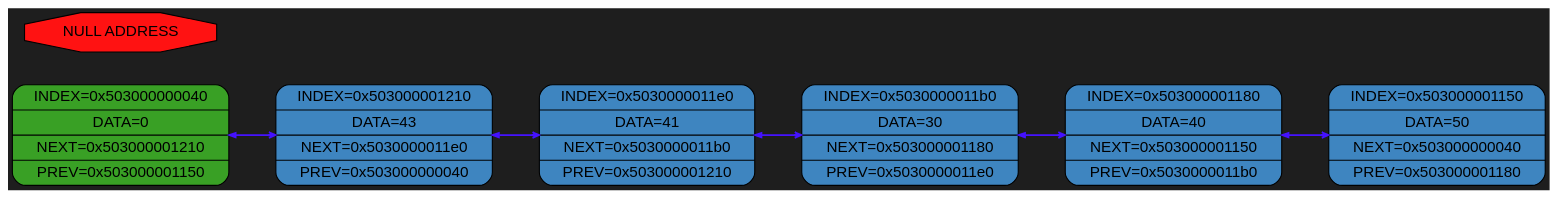
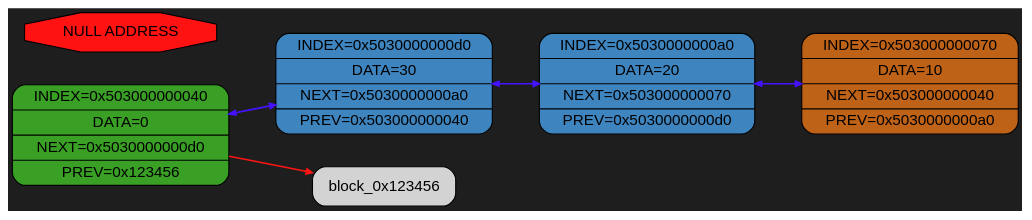
One commit to Kabuto-Mainer/SOFT_PROCESSOR changed the diagram in LIST-COMMON/graph.dot. Above: the diagram before and after it, drawn with Graphviz. The commit also changed 37 other files, not shown here.

```diff
--- a/LIST-COMMON/graph.dot
+++ b/LIST-COMMON/graph.dot
@@ -1,20 +1,17 @@
 digraph {
   rankdir=LR;
   bgcolor="#1e1e1e"  nodesep=0.4;
   ranksep=0.6;
   node [shape=Mrecord, style=filled, fontname="Helvetica"];
   edge [arrowhead=vee, arrowsize=0.6, penwidth=1.2];
 
-block1 [label="INDEX=0x503000001210|DATA=43|NEXT=0x5030000011e0|PREV=0x503000000040", fillcolor="#3e85c0ff"];
-block2 [label="INDEX=0x5030000011e0|DATA=41|NEXT=0x5030000011b0|PREV=0x503000001210", fillcolor="#3e85c0ff"];
-block3 [label="INDEX=0x5030000011b0|DATA=30|NEXT=0x503000001180|PREV=0x5030000011e0", fillcolor="#3e85c0ff"];
-block4 [label="INDEX=0x503000001180|DATA=40|NEXT=0x503000001150|PREV=0x5030000011b0", fillcolor="#3e85c0ff"];
-block5 [label="INDEX=0x503000001150|DATA=50|NEXT=0x503000000040|PREV=0x503000001180", fillcolor="#3e85c0ff"];
-block0 [label="INDEX=0x503000000040|DATA=0|NEXT=0x503000001210|PREV=0x503000001150", fillcolor="#39a025ff"];
+block_0x5030000000d0 [label="INDEX=0x5030000000d0|DATA=30|NEXT=0x5030000000a0|PREV=0x503000000040", fillcolor="#3e85c0ff"];
+block_0x5030000000a0 [label="INDEX=0x5030000000a0|DATA=20|NEXT=0x503000000070|PREV=0x5030000000d0", fillcolor="#3e85c0ff"];
+block_0x503000000070 [label="INDEX=0x503000000070|DATA=10|NEXT=0x503000000040|PREV=0x5030000000a0", fillcolor="#be6217ff"];
+block_0x503000000040 [label="INDEX=0x503000000040|DATA=0|NEXT=0x5030000000d0|PREV=0x123456", fillcolor="#39a025ff"];
 NULL [label="NULL ADDRESS", shape=octagon, fillcolor="#ff1212ff"];
-block0 -> block1 [color="#4512ffff", penwidth=1.5, arrowsize=0.6, constraint=true, dir=both];
-block1 -> block2 [color="#4512ffff", penwidth=1.5, arrowsize=0.6, constraint=true, dir=both];
-block2 -> block3 [color="#4512ffff", penwidth=1.5, arrowsize=0.6, constraint=true, dir=both];
-block3 -> block4 [color="#4512ffff", penwidth=1.5, arrowsize=0.6, constraint=true, dir=both];
-block4 -> block5 [color="#4512ffff", penwidth=1.5, arrowsize=0.6, constraint=true, dir=both];
+block_0x503000000040 -> block_0x5030000000d0 [color="#4512ffff", penwidth=1.5, arrowsize=0.6, constraint=true, dir=both];
+block_0x5030000000d0 -> block_0x5030000000a0 [color="#4512ffff", penwidth=1.5, arrowsize=0.6, constraint=true, dir=both];
+block_0x5030000000a0 -> block_0x503000000070 [color="#4512ffff", penwidth=1.5, arrowsize=0.6, constraint=true, dir=both];
+block_0x503000000040 -> block_0x123456 [color="#ff1414ff", penwidth=1.5, arrowsize=0.6, constraint=true];
 }
```
